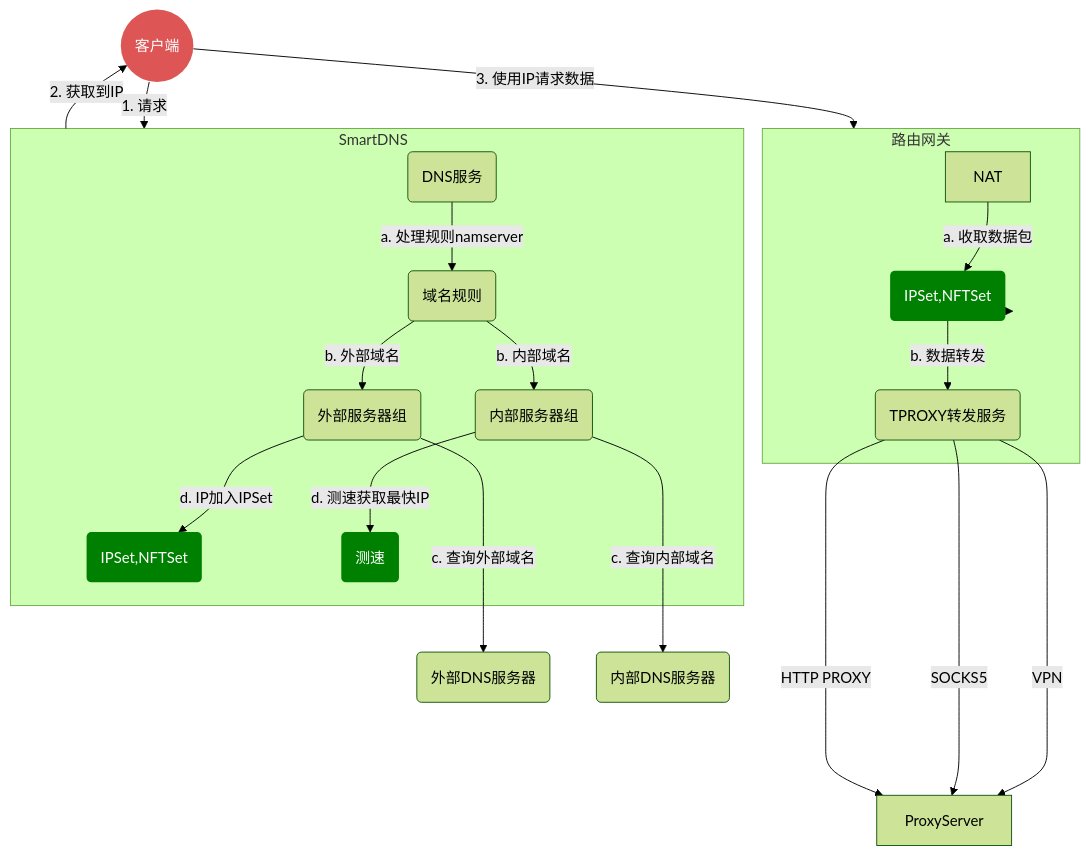
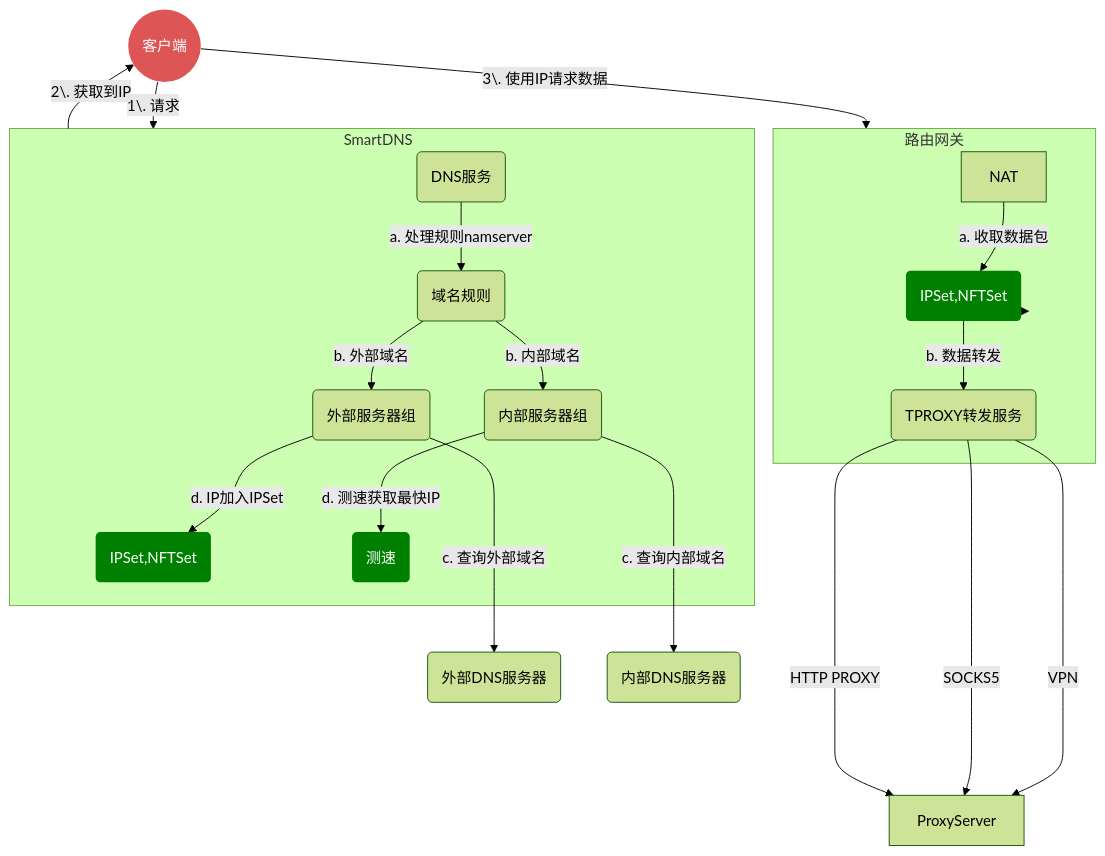
Before and after one commit to pymumu/smartdns: the diagram in docs/config/forwarding-with-ipset.md, drawn with Mermaid. The commit also changed 4 other files, not shown here.

````diff
--- a/docs/config/forwarding-with-ipset.md
+++ b/docs/config/forwarding-with-ipset.md
@@ -17,29 +17,29 @@
 ``` mermaid
 %%{init: {'theme':'forest'}}%%
 flowchart 
     style client color:white,fill:#dd5555,stroke:#ee00,stroke-width:2px
     style ipset color:white,fill:green,stroke:#ee00,stroke-width:2px
     style ipset1 color:white,fill:green,stroke:#ee00,stroke-width:2px
     style speed-check color:white,fill:green,stroke:#ee00,stroke-width:2px
-    client(((客户端)))-----> |1. 请求|smartdns
-    smartdns---->|2. 获取到IP|client
-    client--->|3. 使用IP请求数据|router
+    client(((客户端)))-----> |1\. 请求|smartdns
+    smartdns---->|2\. 获取到IP|client
+    client--->|3\. 使用IP请求数据|router
     subgraph smartdns [SmartDNS&nbsp&nbsp]
         server(DNS服务)-->|a. 处理规则namserver|rule(域名规则)
         rule-->|b. 外部域名|public-group(外部服务器组)
         rule-->|b. 内部域名|private-group(内部服务器组)
         public-group-->|d. IP加入IPSet|ipset1(IPSet,NFTSet)
         private-group-->|d. 测速获取最快IP|speed-check(测速)
     end
     router-->ipset(IPSet,NFTSet)
     subgraph router [路由网关]
         NAT-->|a. 收取数据包|ipset-->|b. 数据转发|tproxy(TPROXY转发服务)
     end
     tproxy----->|VPN|ProxyServer
     tproxy----->|SOCKS5|ProxyServer
     tproxy----->|HTTP PROXY|ProxyServer
 
     public-group--->|c. 查询外部域名|public-servers(外部DNS服务器)
     private-group--->|c. 查询内部域名|private-servers(内部DNS服务器)
 
 ```
````
